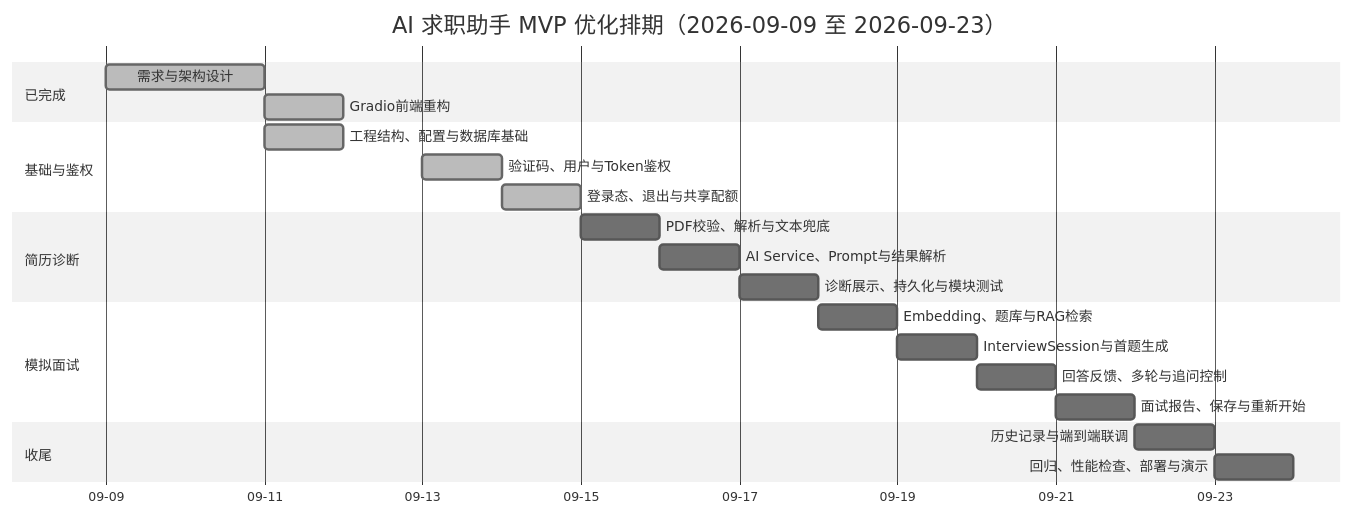
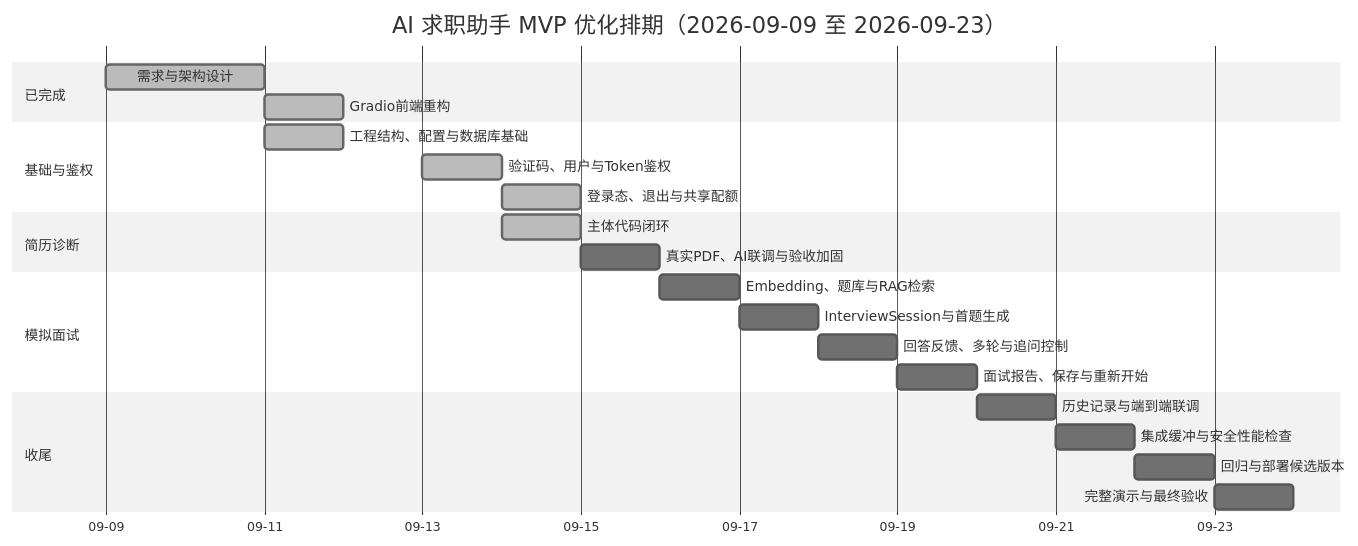
The first of 2 diagrams in 项目排期.md (WwwwwHM/PBL_jobs-finder), drawn with Mermaid (neutral theme) before and after one commit. The commit also changed other lines of this file and 16 other files, not shown here.

````diff
--- a/项目排期.md
+++ b/项目排期.md
@@ -81,30 +82,31 @@
 ```mermaid
 gantt
     title AI 求职助手 MVP 优化排期（2026-09-09 至 2026-09-23）
     dateFormat YYYY-MM-DD
     axisFormat %m-%d
 
     section 已完成
     需求与架构设计                 :done, a1, 2026-09-09, 2d
     Gradio前端重构                 :done, a2, 2026-09-11, 1d
 
     section 基础与鉴权
     工程结构、配置与数据库基础      :done, b1, 2026-09-11, 1d
     验证码、用户与Token鉴权         :done, b2, 2026-09-13, 1d
     登录态、退出与共享配额          :done, b3, 2026-09-14, 1d
 
     section 简历诊断
-    PDF校验、解析与文本兜底         :c1, 2026-09-15, 1d
-    AI Service、Prompt与结果解析    :c2, 2026-09-16, 1d
-    诊断展示、持久化与模块测试       :c3, 2026-09-17, 1d
+    主体代码闭环                   :done, c0, 2026-09-14, 1d
+    真实PDF、AI联调与验收加固        :c1, 2026-09-15, 1d
 
     section 模拟面试
-    Embedding、题库与RAG检索        :d1, 2026-09-18, 1d
-    InterviewSession与首题生成      :d2, 2026-09-19, 1d
-    回答反馈、多轮与追问控制         :d3, 2026-09-20, 1d
-    面试报告、保存与重新开始         :d4, 2026-09-21, 1d
+    Embedding、题库与RAG检索        :d1, 2026-09-16, 1d
+    InterviewSession与首题生成      :d2, 2026-09-17, 1d
+    回答反馈、多轮与追问控制         :d3, 2026-09-18, 1d
+    面试报告、保存与重新开始         :d4, 2026-09-19, 1d
 
     section 收尾
-    历史记录与端到端联调             :e1, 2026-09-22, 1d
-    回归、性能检查、部署与演示        :e2, 2026-09-23, 1d
+    历史记录与端到端联调             :e1, 2026-09-20, 1d
+    集成缓冲与安全性能检查           :e2, 2026-09-21, 1d
+    回归与部署候选版本               :e3, 2026-09-22, 1d
+    完整演示与最终验收               :e4, 2026-09-23, 1d
 ```
````
